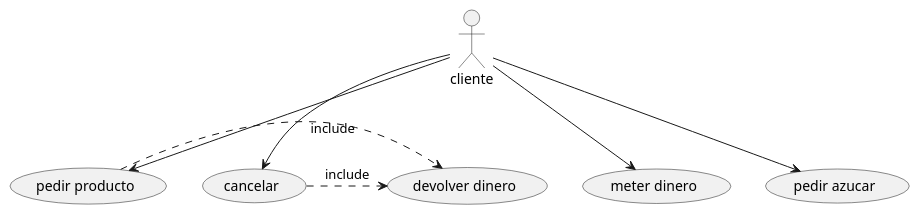
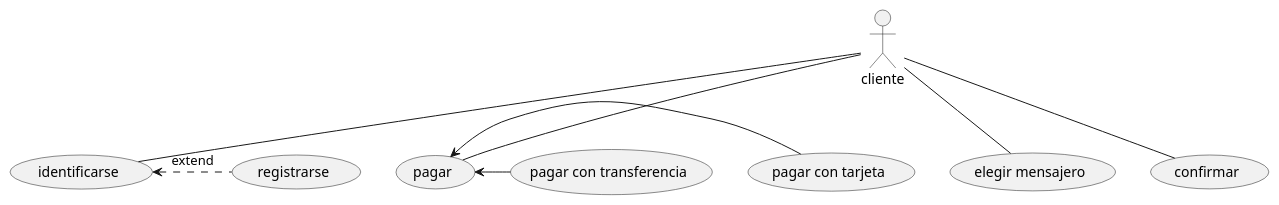
Before and after one commit to jorgealll/plantt1: the diagram in src/archivoplant.puml, drawn with PlantUML.

Commit message:
commit pagar

```diff
--- a/src/archivoplant.puml
+++ b/src/archivoplant.puml
@@ -1,12 +1,14 @@
 @startuml
 'https://plantuml.com/sequence-diagram
 
+
 actor cliente
 
-cliente --> (meter dinero)
-cliente --> (pedir azucar)
-cliente --> (pedir producto)
-cliente --> (cancelar)
-(pedir producto) .> (devolver dinero) : include
-(cancelar) .> (devolver dinero) : include
+cliente -- (identificarse)
+cliente -- (pagar)
+cliente -- (elegir mensajero)
+cliente -- (confirmar)
+(identificarse) <. (registrarse) : extend
+(pagar)<- (pagar con tarjeta)
+(pagar)<- (pagar con transferencia)
 @enduml
```
